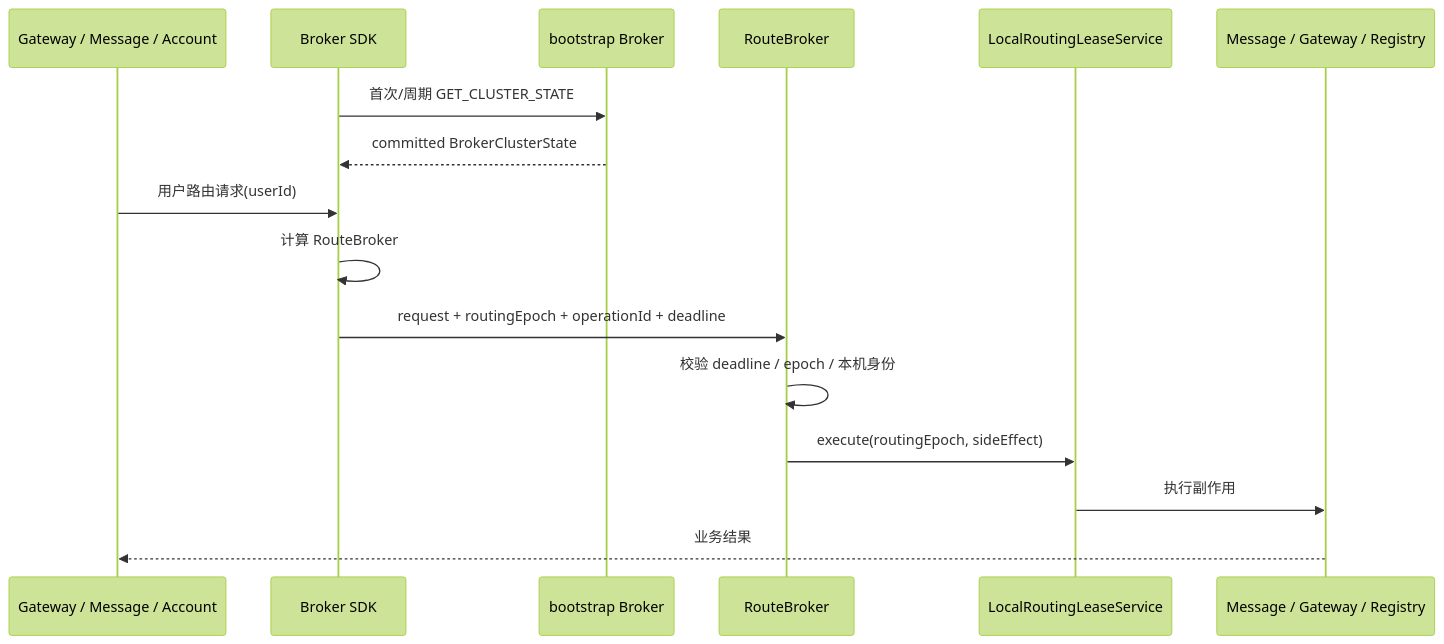
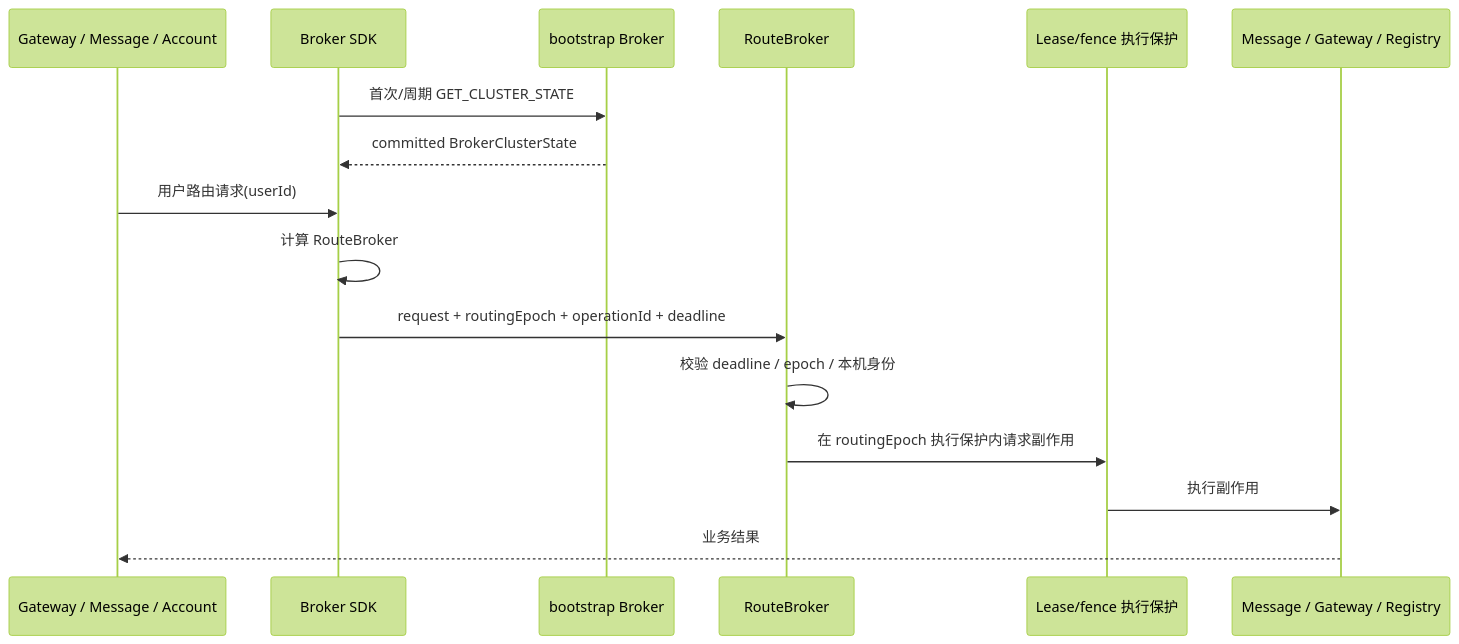
The diagram in im-broker/README.md (kc-co9/im-chat), drawn with Mermaid (forest theme) before and after one commit. The commit also changed other lines of this file and 548 other files, not shown here.

````diff
--- a/im-broker/README.md
+++ b/im-broker/README.md
@@ -51,19 +60,19 @@
 ```mermaid
 sequenceDiagram
     participant Caller as Gateway / Message / Account
     participant SDK as Broker SDK
     participant Bootstrap as bootstrap Broker
     participant RouteBroker as RouteBroker
-    participant Guard as LocalRoutingLeaseService
+    participant Guard as Lease/fence 执行保护
     participant Target as Message / Gateway / Registry
 
     SDK->>Bootstrap: 首次/周期 GET_CLUSTER_STATE
     Bootstrap-->>SDK: committed BrokerClusterState
     Caller->>SDK: 用户路由请求(userId)
     SDK->>SDK: 计算 RouteBroker
     SDK->>RouteBroker: request + routingEpoch + operationId + deadline
     RouteBroker->>RouteBroker: 校验 deadline / epoch / 本机身份
-    RouteBroker->>Guard: execute(routingEpoch, sideEffect)
+    RouteBroker->>Guard: 在 routingEpoch 执行保护内请求副作用
     Guard->>Target: 执行副作用
     Target-->>Caller: 业务结果
 ```
````
